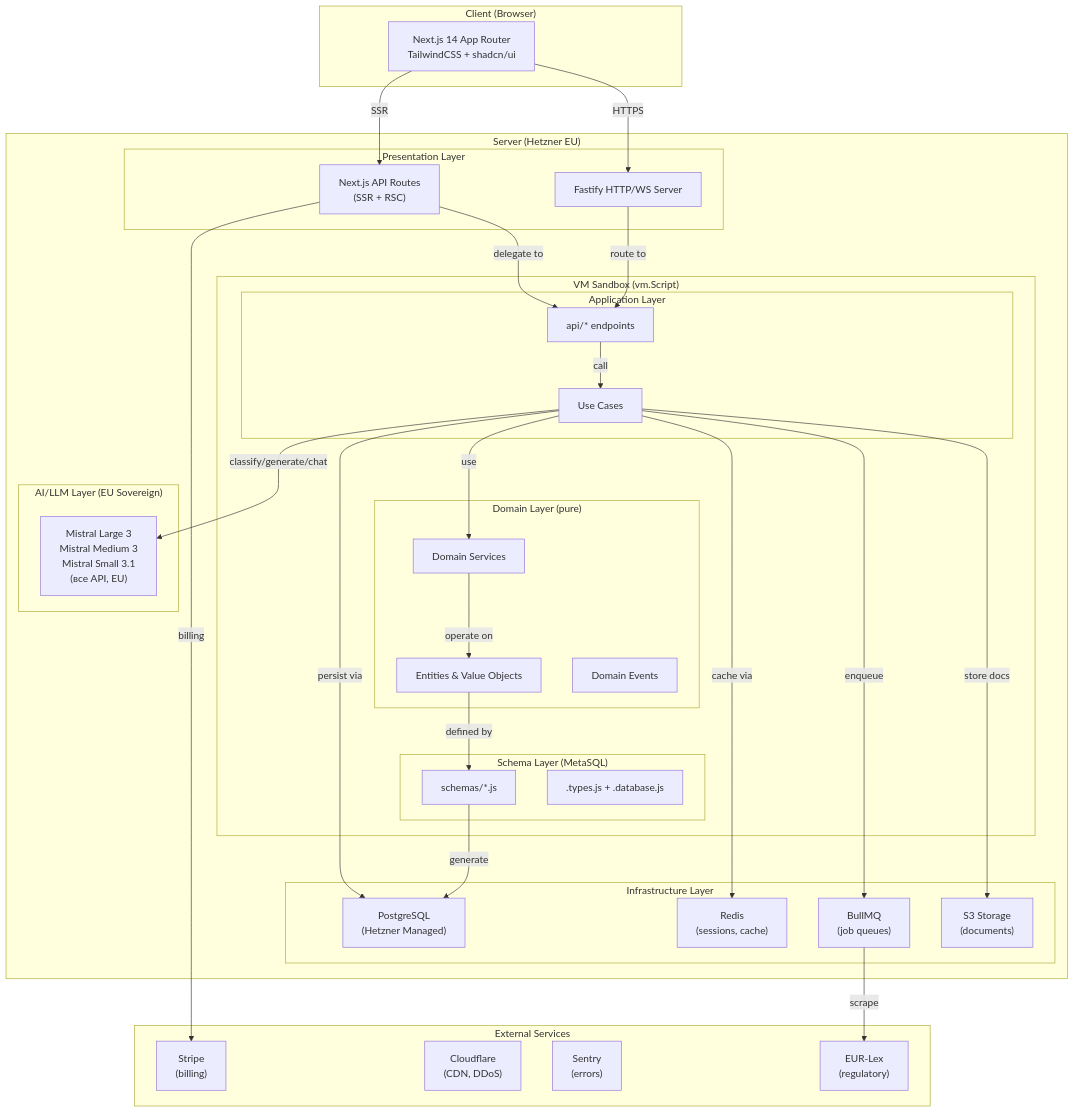
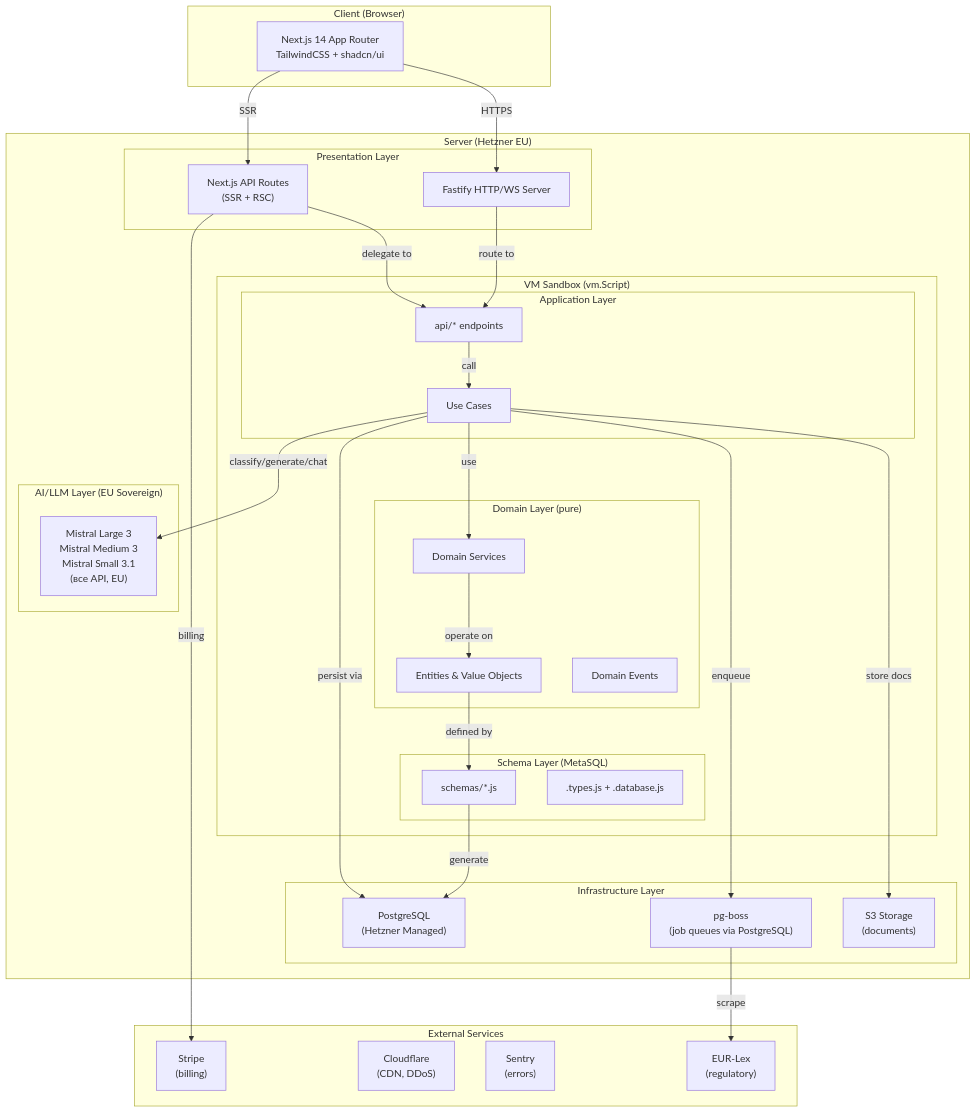
Before and after one commit to complior/complior: the first of 4 diagrams in docs/ARCHITECTURE.md, drawn with Mermaid. The commit also changed other lines of this file and 2 other files, not shown here.

First line of the commit message:
docs: replace BullMQ+Redis with pg-boss (PostgreSQL-native) for MVP

````diff
--- a/docs/ARCHITECTURE.md
+++ b/docs/ARCHITECTURE.md
@@ -24,66 +24,64 @@
 ```mermaid
 graph TB
     subgraph Client["Client (Browser)"]
         NextJS["Next.js 14 App Router<br/>TailwindCSS + shadcn/ui"]
     end
 
     subgraph Server["Server (Hetzner EU)"]
         subgraph Presentation["Presentation Layer"]
             Fastify["Fastify HTTP/WS Server"]
             NextAPI["Next.js API Routes<br/>(SSR + RSC)"]
         end
 
         subgraph VMSandbox["VM Sandbox (vm.Script)"]
             subgraph Application["Application Layer"]
                 API["api/* endpoints"]
                 UseCases["Use Cases"]
             end
 
             subgraph DomainLayer["Domain Layer (pure)"]
                 Entities["Entities & Value Objects"]
                 DomainServices["Domain Services"]
                 DomainEvents["Domain Events"]
             end
 
             subgraph Schemas["Schema Layer (MetaSQL)"]
                 MetaSchemas["schemas/*.js"]
                 Types[".types.js + .database.js"]
             end
         end
 
         subgraph Infrastructure["Infrastructure Layer"]
             DB["PostgreSQL<br/>(Hetzner Managed)"]
-            Redis["Redis<br/>(sessions, cache)"]
-            BullMQ["BullMQ<br/>(job queues)"]
+            PgBoss["pg-boss<br/>(job queues via PostgreSQL)"]
             S3["S3 Storage<br/>(documents)"]
         end
 
         subgraph AILayer["AI/LLM Layer (EU Sovereign)"]
             MistralAPI["Mistral Large 3<br/>Mistral Medium 3<br/>Mistral Small 3.1<br/>(все API, EU)"]
         end
     end
 
     subgraph External["External Services"]
         Stripe["Stripe<br/>(billing)"]
         Cloudflare["Cloudflare<br/>(CDN, DDoS)"]
         Sentry["Sentry<br/>(errors)"]
         EURLex["EUR-Lex<br/>(regulatory)"]
     end
 
     NextJS -->|HTTPS| Fastify
     NextJS -->|SSR| NextAPI
     Fastify -->|route to| API
     NextAPI -->|delegate to| API
     API -->|call| UseCases
     UseCases -->|use| DomainServices
     DomainServices -->|operate on| Entities
     Entities -->|defined by| MetaSchemas
     MetaSchemas -->|generate| DB
     UseCases -->|persist via| DB
-    UseCases -->|cache via| Redis
-    UseCases -->|enqueue| BullMQ
+    UseCases -->|enqueue| PgBoss
     UseCases -->|store docs| S3
     UseCases -->|classify/generate/chat| MistralAPI
     NextAPI -->|billing| Stripe
-    BullMQ -->|scrape| EURLex
+    PgBoss -->|scrape| EURLex
 ```
````
